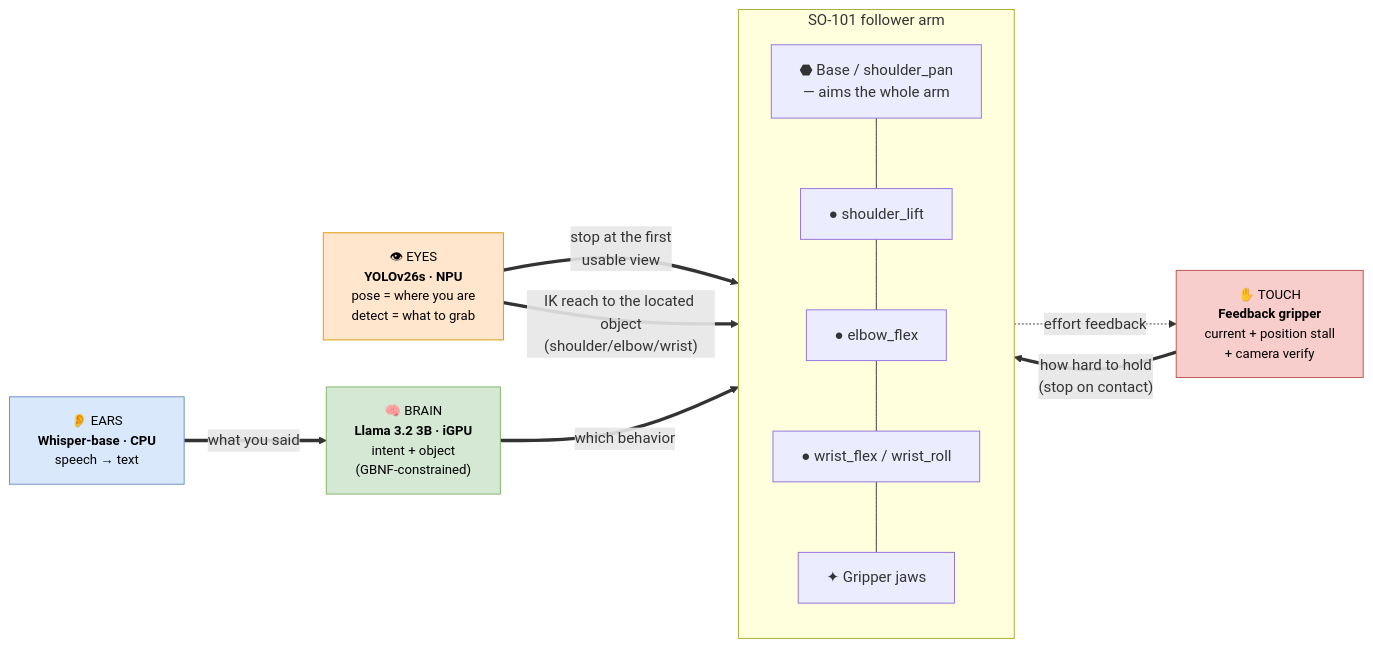
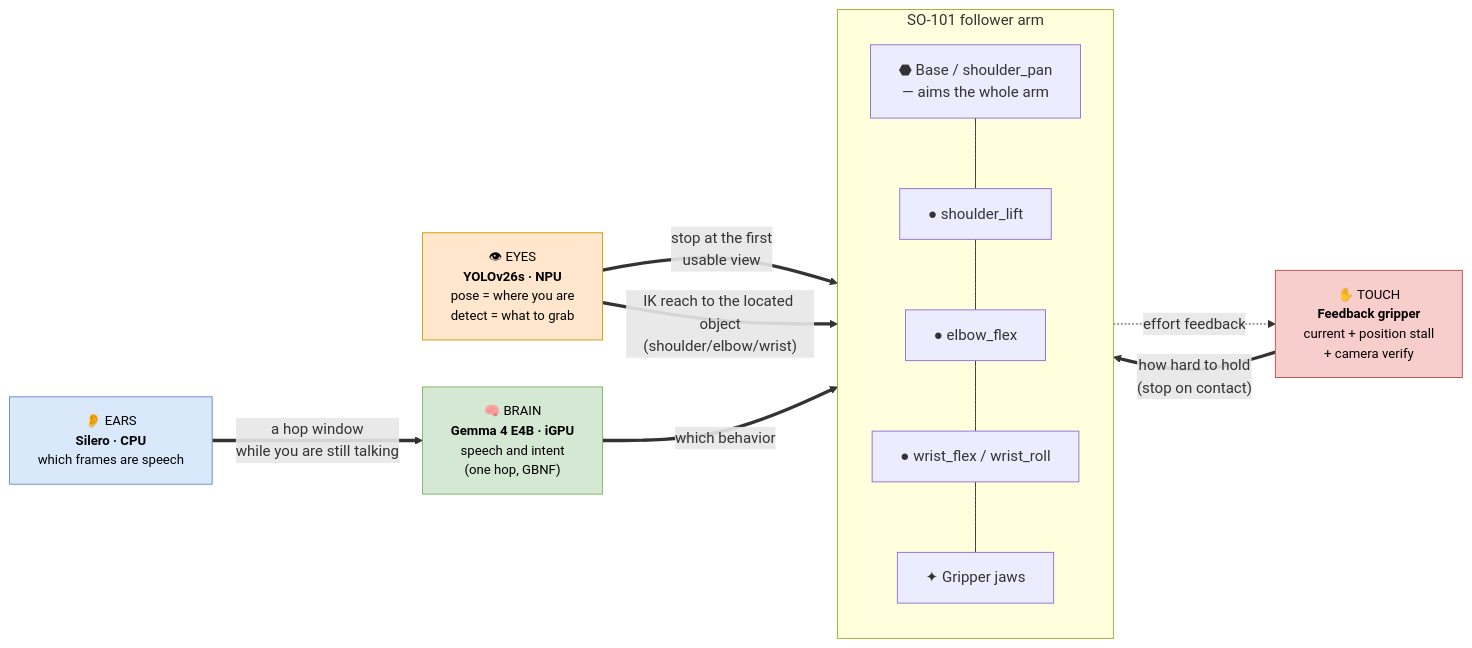
Before and after one commit to ThomasGmeinder/embedded-x86-ai: the second of 3 diagrams in workshops/vvla-pipeline/README.md, drawn with Mermaid. The commit also changed other lines of this file and 1 other file, not shown here.

First line of the commit message:
Document Gemma 4 on a hop as the voice path, with no denoiser in front.

````diff
--- a/workshops/vvla-pipeline/README.md
+++ b/workshops/vvla-pipeline/README.md
@@ -91,29 +91,29 @@
 ```mermaid
 flowchart LR
     subgraph BODY["SO-101 follower arm"]
         direction TB
         BASE["⬣ Base / shoulder_pan<br/>— aims the whole arm"]
         SHOULDER["● shoulder_lift"]
         ELBOW["● elbow_flex"]
         WRIST["● wrist_flex / wrist_roll"]
         JAW["✦ Gripper jaws"]
         BASE --- SHOULDER --- ELBOW --- WRIST --- JAW
     end
 
-    EARS["👂 EARS<br/><b>Whisper-base · CPU</b><br/>speech → text"]:::ear
-    BRAIN["🧠 BRAIN<br/><b>Llama 3.2 3B · iGPU</b><br/>intent + object<br/>(GBNF-constrained)"]:::brain
+    EARS["👂 EARS<br/><b>Silero · CPU</b><br/>which frames are speech"]:::ear
+    BRAIN["🧠 BRAIN<br/><b>Gemma 4 E4B · iGPU</b><br/>speech and intent<br/>(one hop, GBNF)"]:::brain
     EYES["👁 EYES<br/><b>YOLOv26s · NPU</b><br/>pose = where you are<br/>detect = what to grab"]:::eye
     TOUCH["✋ TOUCH<br/><b>Feedback gripper</b><br/>current + position stall<br/>+ camera verify"]:::touch
 
-    EARS ==>|"what you said"| BRAIN
+    EARS ==>|"a hop window<br/>while you are still talking"| BRAIN
     BRAIN ==>|"which behavior"| BODY
     EYES ==>|"stop at the first<br/>usable view"| BASE
     EYES ==>|"IK reach to the located object<br/>(shoulder/elbow/wrist)"| ELBOW
     TOUCH ==>|"how hard to hold<br/>(stop on contact)"| JAW
     JAW -.->|"effort feedback"| TOUCH
 
     classDef ear fill:#dae8fc,stroke:#6c8ebf,color:#000,font-size:14px;
     classDef brain fill:#d5e8d4,stroke:#82b366,color:#000,font-size:14px;
     classDef eye fill:#ffe6cc,stroke:#d79b00,color:#000,font-size:14px;
     classDef touch fill:#f8cecc,stroke:#b85450,color:#000,font-size:14px;
 ```
````
